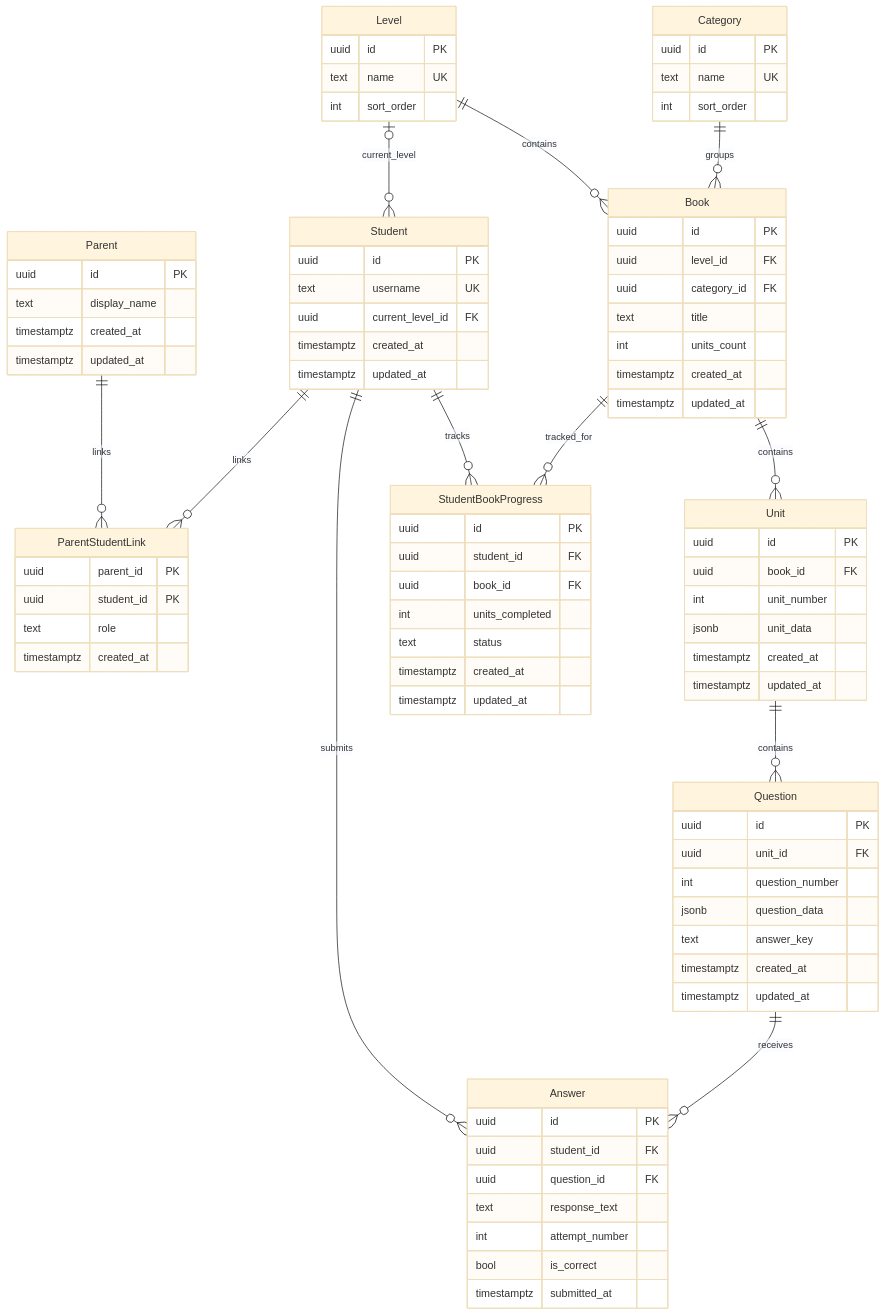
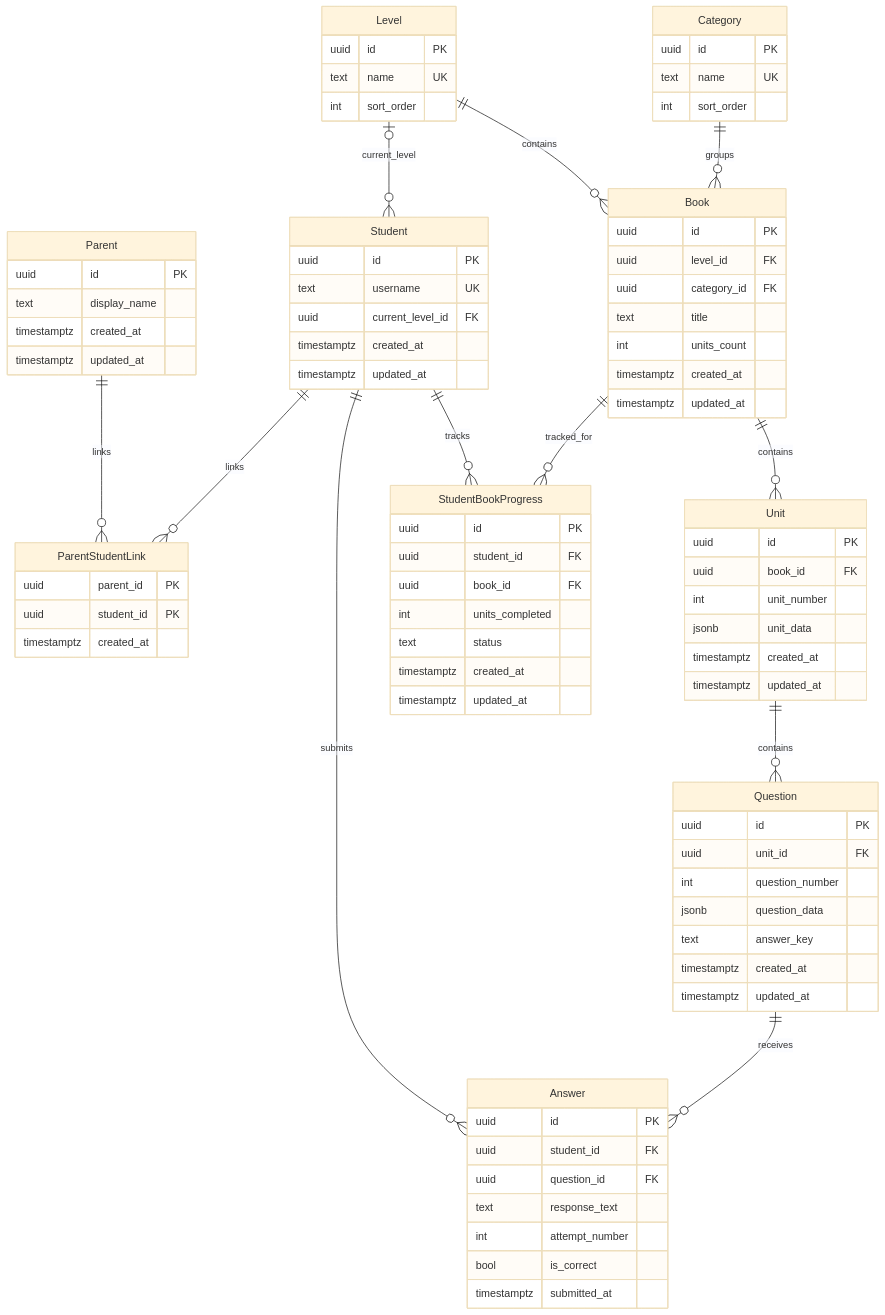
Before and after one commit to forrestberry/sra-backend: the diagram in docs/erd_diagram.md, drawn with Mermaid (base theme). The commit also changed 1 other file, not shown here.

Commit message:
initial schema done

```diff
--- a/docs/erd_diagram.md
+++ b/docs/erd_diagram.md
@@ -32,7 +32,6 @@
     ParentStudentLink {
         uuid parent_id PK
         uuid student_id PK
-        text role
         timestamptz created_at
     }
 
```
